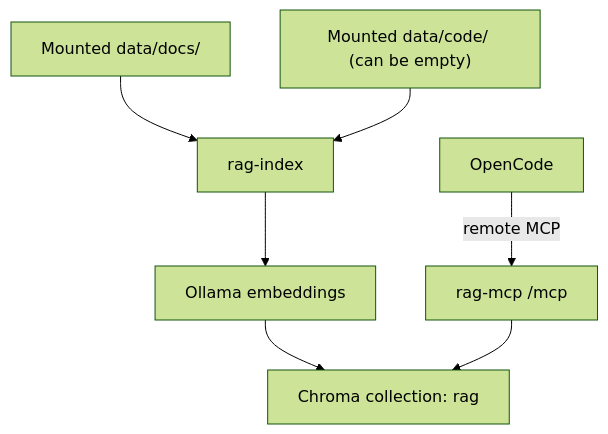
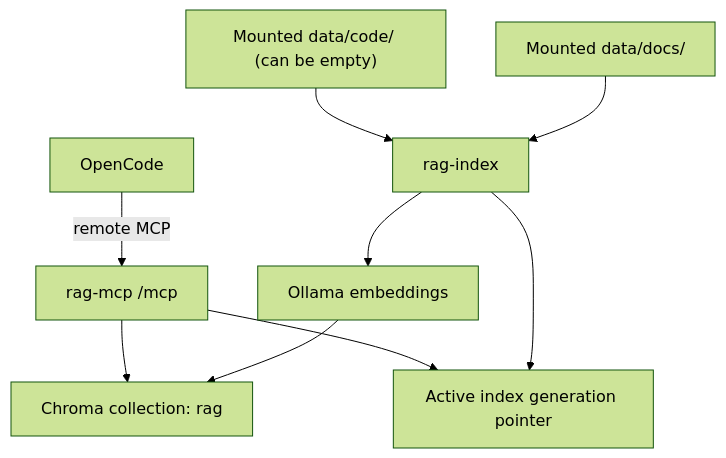
Before and after one commit to andrepester/rag-search-mcp: the diagram in README.md, drawn with Mermaid (forest theme). The commit also changed other lines of this file and 16 other files, not shown here.

````diff
--- a/README.md
+++ b/README.md
@@ -26,10 +26,12 @@
 ```mermaid
 flowchart TD
     A["Mounted data/docs/"] --> B["rag-index"]
     C["Mounted data/code/ (can be empty)"] --> B
     B --> D["Ollama embeddings"]
     D --> E["Chroma collection: rag"]
+    B --> H["Active index generation pointer"]
 
     F["OpenCode"] -->|remote MCP| G["rag-mcp /mcp"]
+    G --> H
     G --> E
 ```
````
